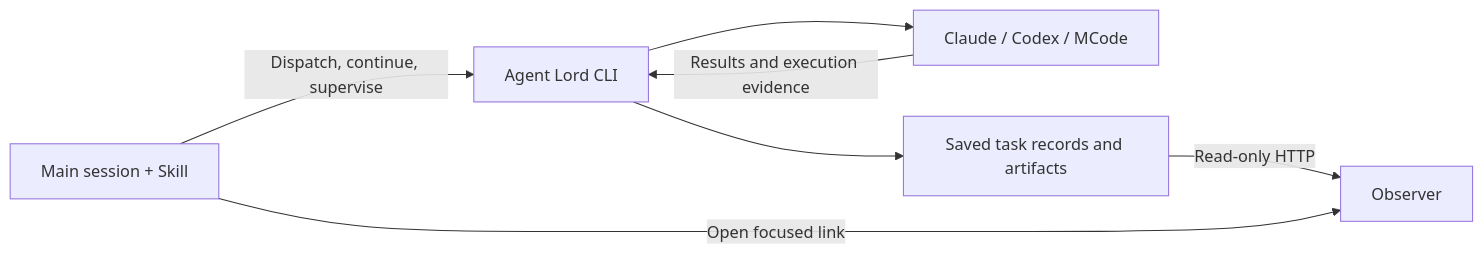
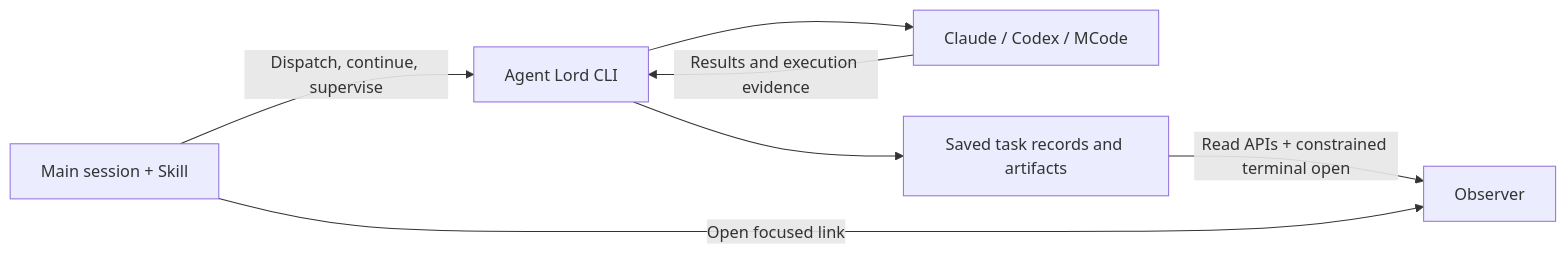
Before and after one commit to coder-xieshijie/agent-lord: the diagram in README.md, drawn with Mermaid. The commit also changed other lines of this file and 17 other files, not shown here.

````diff
--- a/README.md
+++ b/README.md
@@ -87,9 +87,9 @@
 ```mermaid
 flowchart LR
     A["Main session + Skill"] -->|Dispatch, continue, supervise| B["Agent Lord CLI"]
     B --> C["Claude / Codex / MCode"]
     C -->|Results and execution evidence| B
     B --> D["Saved task records and artifacts"]
-    D -->|Read-only HTTP| E["Observer"]
+    D -->|Read APIs + constrained terminal open| E["Observer"]
     A -->|Open focused link| E
 ```
````
